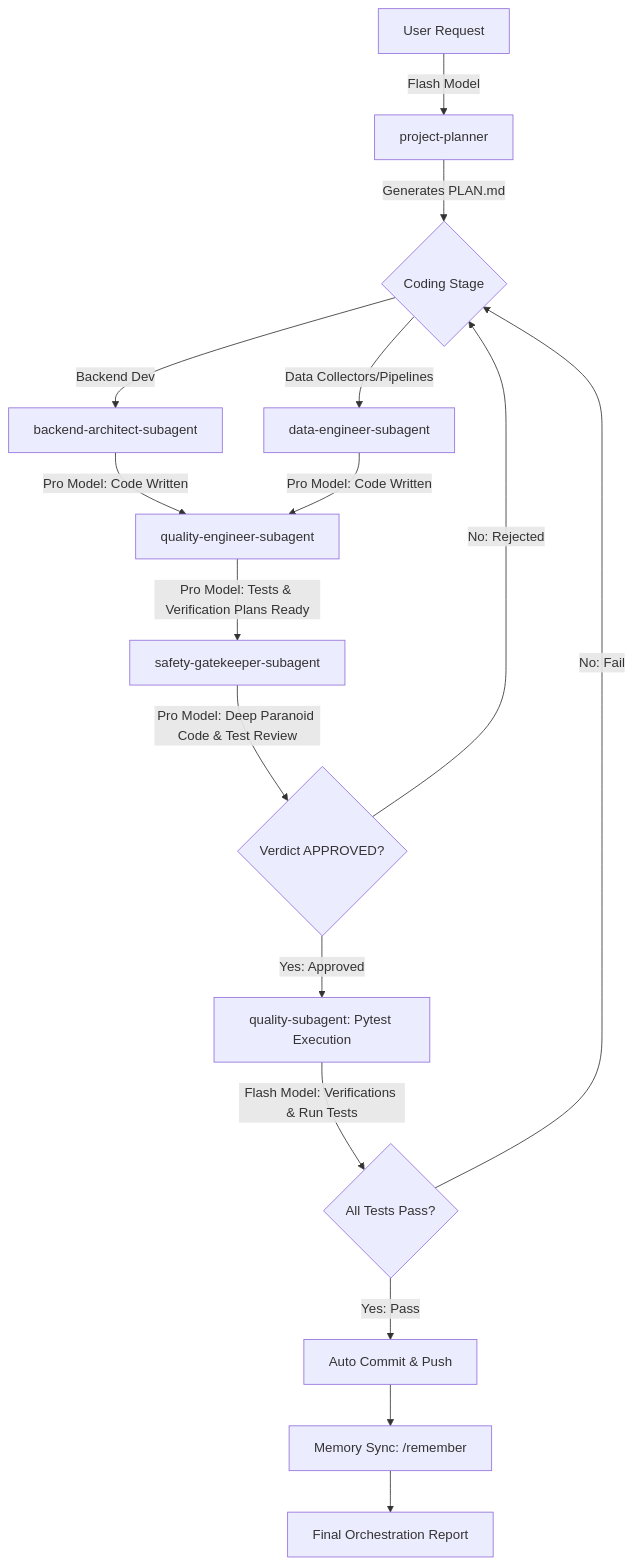
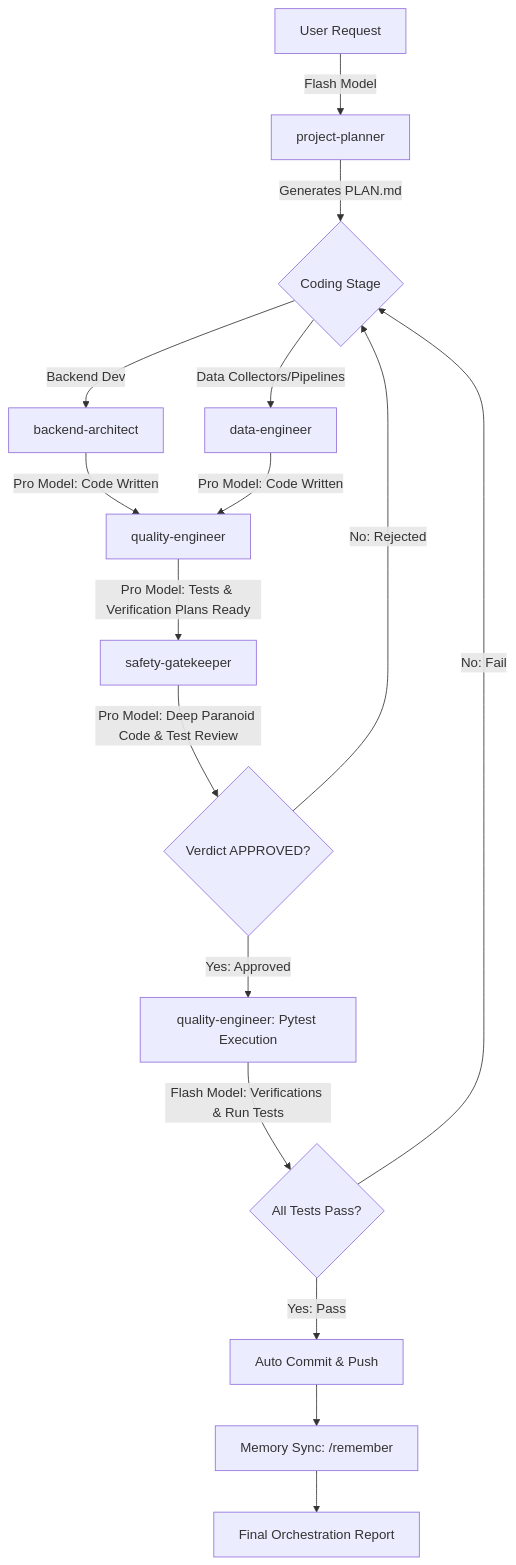
The diagram in .agent/workflows/orchestrate.md (GhostFaceInterface/SilverPilot), drawn with Mermaid before and after one commit. The commit also changed other lines of this file and 156 other files, not shown here.

````diff
--- a/.agent/workflows/orchestrate.md
+++ b/.agent/workflows/orchestrate.md
@@ -31,17 +35,17 @@
 ```mermaid
 graph TD
     A[User Request] -->|Flash Model| B[project-planner]
     B -->|Generates PLAN.md| C{Coding Stage}
-    C -->|Backend Dev| D[backend-architect-subagent]
-    C -->|Data Collectors/Pipelines| E[data-engineer-subagent]
-    D & E -->|Pro Model: Code Written| F[quality-engineer-subagent]
-    F -->|Pro Model: Tests & Verification Plans Ready| G[safety-gatekeeper-subagent]
+    C -->|Backend Dev| D[backend-architect]
+    C -->|Data Collectors/Pipelines| E[data-engineer]
+    D & E -->|Pro Model: Code Written| F[quality-engineer]
+    F -->|Pro Model: Tests & Verification Plans Ready| G[safety-gatekeeper]
     G -->|Pro Model: Deep Paranoid Code & Test Review| H{Verdict APPROVED?}
     H -->|No: Rejected| C
-    H -->|Yes: Approved| I[quality-subagent: Pytest Execution]
+    H -->|Yes: Approved| I[quality-engineer: Pytest Execution]
     I -->|Flash Model: Verifications & Run Tests| K{All Tests Pass?}
     K -->|No: Fail| C
     K -->|Yes: Pass| L[Auto Commit & Push]
     L --> M[Memory Sync: /remember]
     M --> J[Final Orchestration Report]
 ```
````
